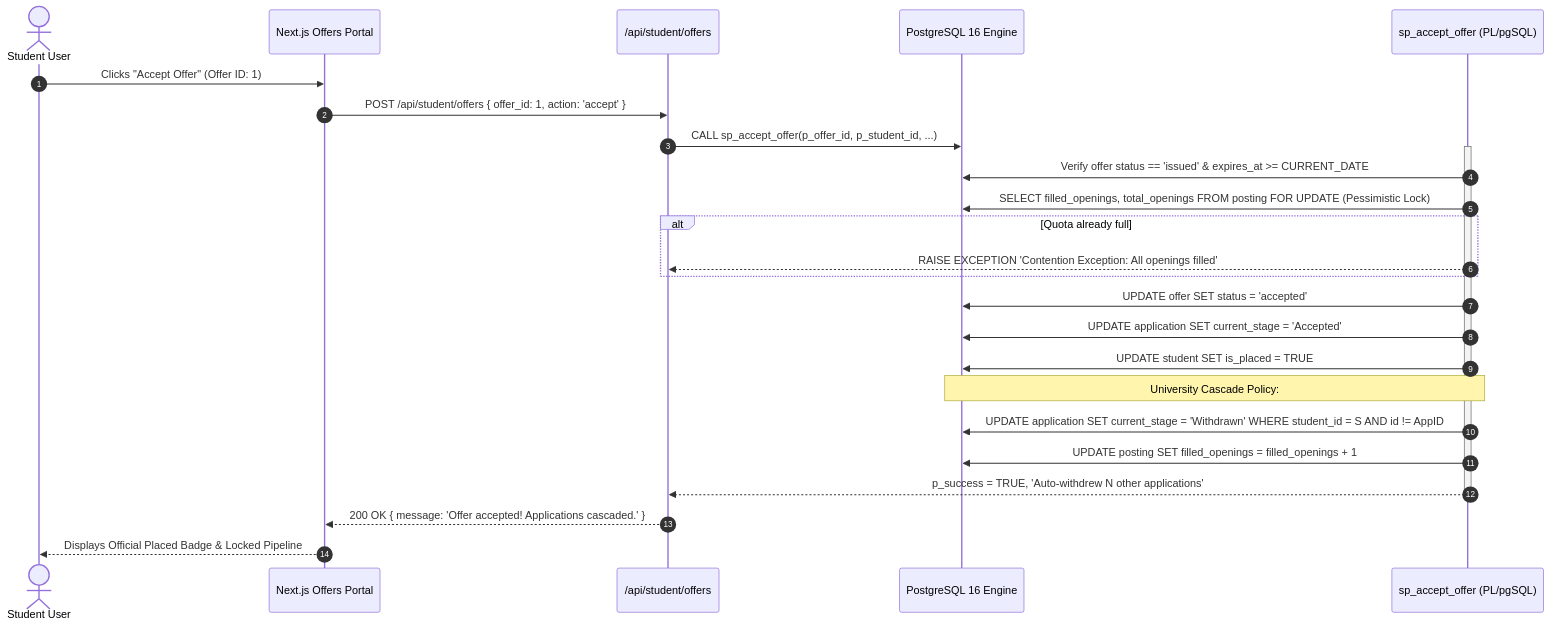
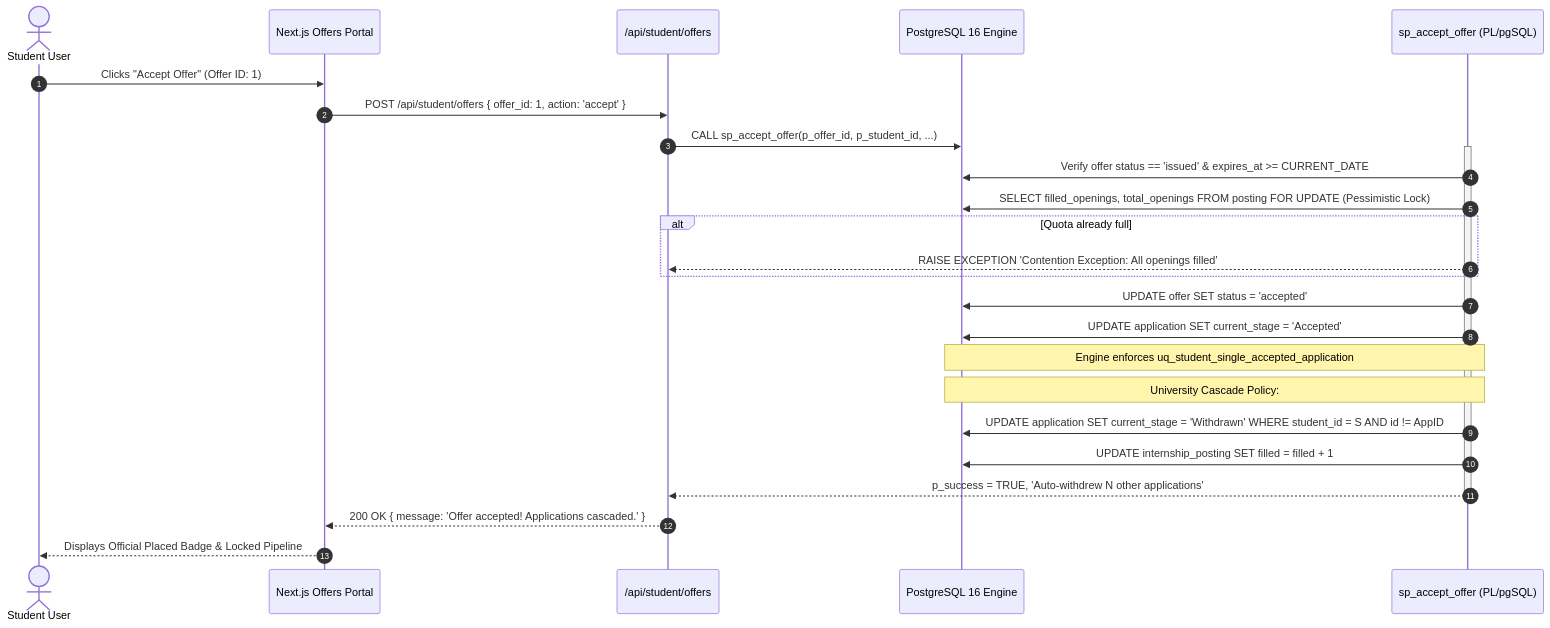
The third of 3 diagrams in docs/10_architecture.md (Sumukh-2006/DBMS_Mini-Project), drawn with Mermaid before and after one commit. The commit also changed other lines of this file and 26 other files, not shown here.

````diff
--- a/docs/10_architecture.md
+++ b/docs/10_architecture.md
@@ -112,34 +112,34 @@
 ```mermaid
 sequenceDiagram
     autonumber
     actor Student as Student User
     participant Frontend as Next.js Offers Portal
     participant API as /api/student/offers
     participant Postgres as PostgreSQL 16 Engine
     participant Procedure as sp_accept_offer (PL/pgSQL)
 
     Student->>Frontend: Clicks "Accept Offer" (Offer ID: 1)
     Frontend->>API: POST /api/student/offers { offer_id: 1, action: 'accept' }
     API->>Postgres: CALL sp_accept_offer(p_offer_id, p_student_id, ...);
     
     activate Procedure
     Procedure->>Postgres: Verify offer status == 'issued' & expires_at >= CURRENT_DATE
     Procedure->>Postgres: SELECT filled_openings, total_openings FROM posting FOR UPDATE (Pessimistic Lock)
     alt Quota already full
         Procedure-->>API: RAISE EXCEPTION 'Contention Exception: All openings filled'
     end
 
     Procedure->>Postgres: UPDATE offer SET status = 'accepted'
     Procedure->>Postgres: UPDATE application SET current_stage = 'Accepted'
-    Procedure->>Postgres: UPDATE student SET is_placed = TRUE
+    Note over Procedure,Postgres: Engine enforces uq_student_single_accepted_application
     
     Note over Procedure,Postgres: University Cascade Policy:
     Procedure->>Postgres: UPDATE application SET current_stage = 'Withdrawn' WHERE student_id = S AND id != AppID
     
-    Procedure->>Postgres: UPDATE posting SET filled_openings = filled_openings + 1
+    Procedure->>Postgres: UPDATE internship_posting SET filled = filled + 1
     Procedure-->>API: p_success = TRUE, 'Auto-withdrew N other applications'
     deactivate Procedure
 
     API-->>Frontend: 200 OK { message: 'Offer accepted! Applications cascaded.' }
     Frontend-->>Student: Displays Official Placed Badge & Locked Pipeline
 ```
````
